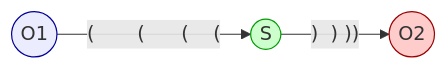
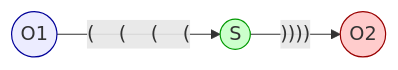
One commit to dudung/xeqn changed the diagram in src/0016.md. Above: the diagram before and after it, drawn with Mermaid. The commit also changed other lines of this file, not shown here.

Commit message:
update 0016, fin

````diff
--- a/src/0016.md
+++ b/src/0016.md
@@ -2,14 +2,14 @@
 ```mermaid
 graph LR
-  O1 --"(&nbsp;&nbsp;&nbsp;&nbsp;&nbsp;&nbsp;&nbsp;(&nbsp;&nbsp;&nbsp;&nbsp;&nbsp;&nbsp;(&nbsp;&nbsp;&nbsp;&nbsp;("--> S
-  S --")&nbsp;&nbsp;)&nbsp;))"--> O2
+  O1 --"(&nbsp;&nbsp;&nbsp;&nbsp;(&nbsp;&nbsp;&nbsp;&nbsp;(&nbsp;&nbsp;&nbsp;&nbsp;("--> S
+  S --"))))"--> O2
   O1(("O1"))
   O2(("O2"))
   S(("S"))
   %%classDef transparent fill:none,stroke:none;
   %%class L1,L2,L3,L4,V transparent
   %%linkStyle 3,4,5 fill:none,stroke-width:0px,stroke:none;
   style O1 stroke:#009,fill:ccf;
   style O2 stroke:#900,fill:#fcc;
   style S stroke:#090,fill:#cfc;
 ```
````
